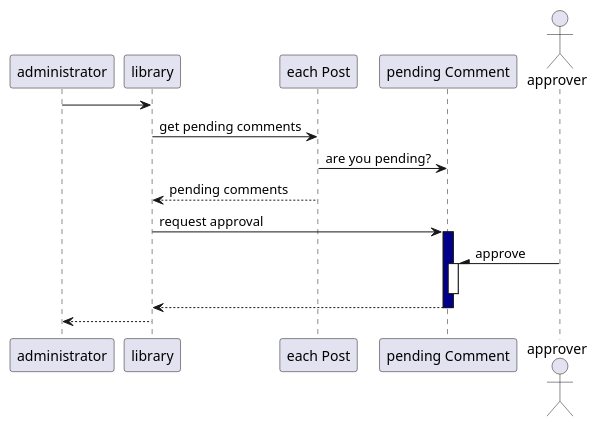
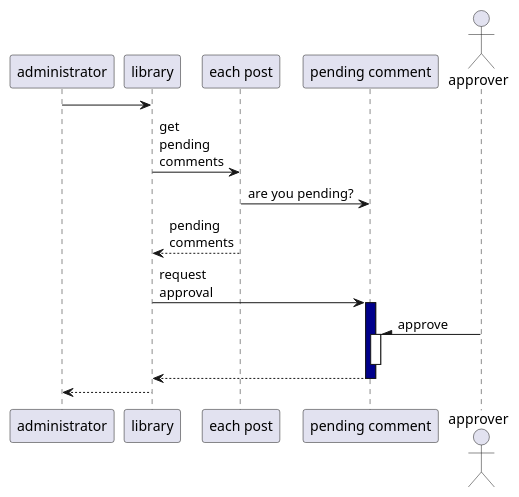
The diagram in sequenceDiagram.puml (oli-clarke/plantUML-training), drawn with PlantUML before and after one commit.

Commit message:
formatting

```diff
--- a/sequenceDiagram.puml
+++ b/sequenceDiagram.puml
@@ -1,25 +1,25 @@
 @startuml sequenceDiagram
 
 participant administrator
 participant library
-participant "each Post" as eachPost
-participant "pending Comment" as pendingComment
+participant "each post" as eachPost
+participant "pending comment" as pendingComment
 actor approver
 
 administrator->library
-library->eachPost : get pending comments
+library->eachPost : get \npending \ncomments
 eachPost->pendingComment : are you pending?
-eachPost-->library : pending comments
+eachPost-->library : pending \ncomments
 
-library->pendingComment : request approval
+library->pendingComment : request \napproval
 activate pendingComment #DarkBlue
 approver-\pendingComment : approve
 activate pendingComment
 deactivate pendingComment
 
 library<--pendingComment
 deactivate pendingComment
 
 library-->administrator
 
 @enduml
```
